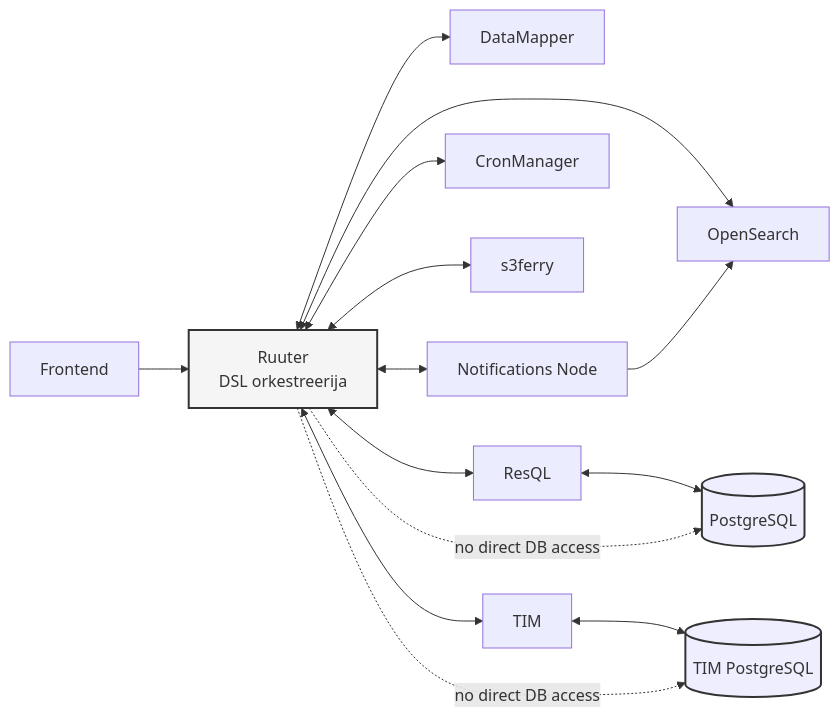
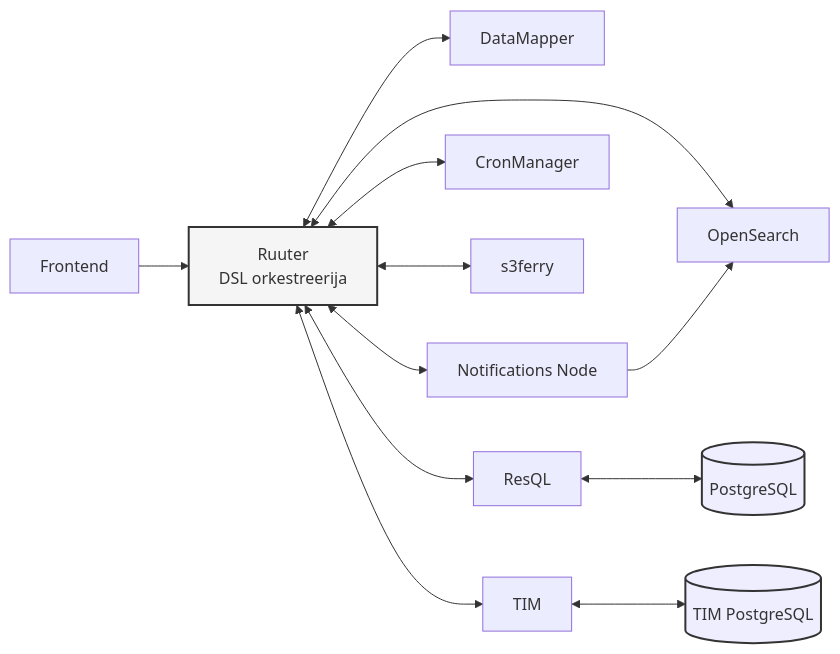
One commit to varmoh/documentation changed the diagram in archidecture/bykstack-backend.md. Above: the diagram before and after it, drawn with Mermaid.

````diff
--- a/archidecture/bykstack-backend.md
+++ b/archidecture/bykstack-backend.md
@@ -29,31 +29,29 @@
 ```mermaid
 
 flowchart LR
     FE[Frontend] --> R[Ruuter<br/>DSL orkestreerija]
 
     R <--> DM[DataMapper]
     R <--> N[Notifications Node]
     R <--> OS[OpenSearch]
     R <--> CM[CronManager]
     R <--> S3[s3ferry]
 
     R <--> RESQL[ResQL]
     RESQL <--> PG[(PostgreSQL)]
 
     R <--> TIM[TIM]
     TIM <--> PG2[(TIM PostgreSQL)]
 
     %% ERAND: Notifications -> OpenSearch
     N --> OS
 
-    %% KEELATUD OTSESUHTLUSED (visuaalne vihje)
-    R -. no direct DB access .-> PG
-    R -. no direct DB access .-> PG2
+
 
     classDef core fill:#f5f5f5,stroke:#333,stroke-width:2px;
     classDef db fill:#eef,stroke:#333,stroke-width:2px;
     classDef service fill:#fff,stroke:#666;
 
     class R core;
     class PG,PG2 db;
 ```
````
